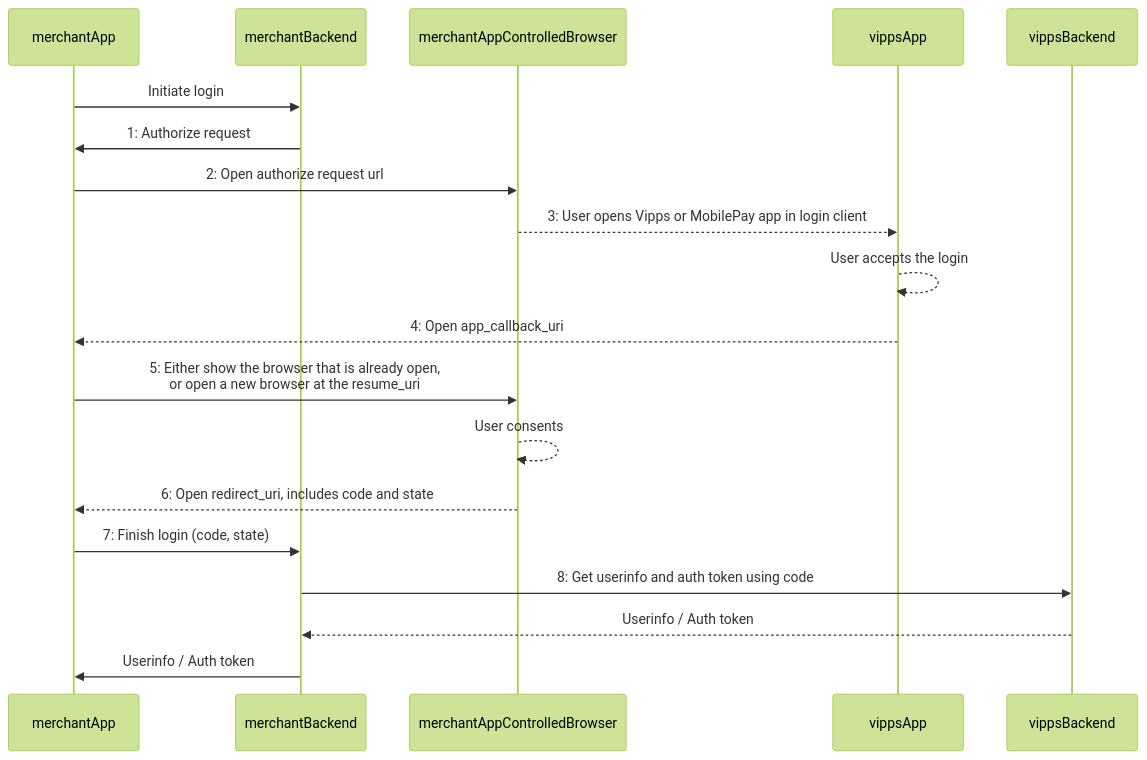
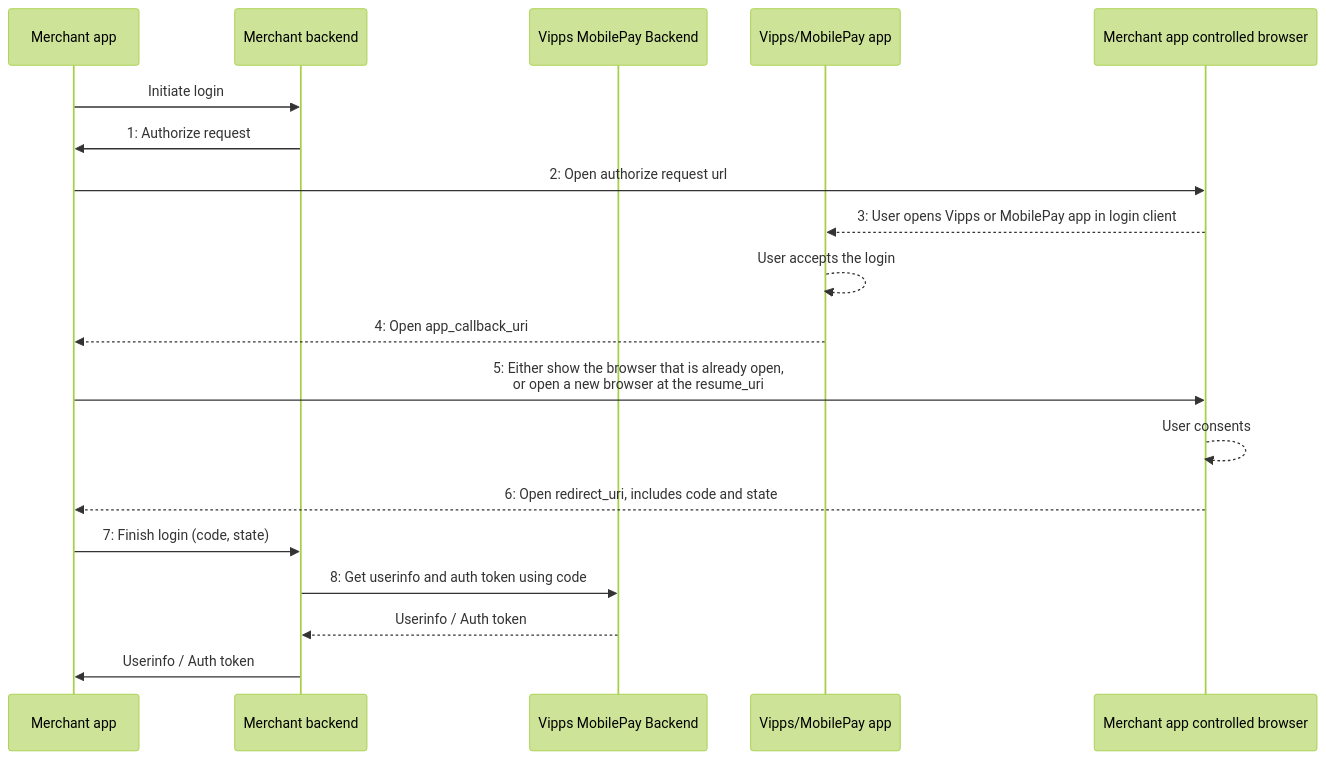
Before and after one commit to vippsas/vipps-login-api: the diagram in api-guide/app-integration.md, drawn with Mermaid (forest theme). The commit also changed 3 other files, not shown here.

````diff
--- a/api-guide/app-integration.md
+++ b/api-guide/app-integration.md
@@ -78,16 +78,22 @@
 ```mermaid
 sequenceDiagram
+    participant merchantApp as Merchant app
+    participant merchantBackend as Merchant backend
+    participant vmBackend as Vipps MobilePay Backend
+    participant vmApp as Vipps/MobilePay app
+    participant merchantAppControlledBrowser as Merchant app controlled browser
+
     merchantApp ->> merchantBackend : Initiate login
     merchantBackend ->> merchantApp: 1: Authorize request
     merchantApp ->> merchantAppControlledBrowser : 2: Open authorize request url
-    merchantAppControlledBrowser -->> vippsApp : 3: User opens Vipps or MobilePay app in login client
-    vippsApp -->> vippsApp: User accepts the login
-    vippsApp -->> merchantApp : 4: Open app_callback_uri
+    merchantAppControlledBrowser -->> vmApp : 3: User opens Vipps or MobilePay app in login client
+    vmApp -->> vmApp: User accepts the login
+    vmApp -->> merchantApp : 4: Open app_callback_uri
     merchantApp ->> merchantAppControlledBrowser : 5: Either show the browser that is already open, <br/> or open a new browser at the resume_uri
     merchantAppControlledBrowser -->> merchantAppControlledBrowser: User consents
     merchantAppControlledBrowser -->> merchantApp : 6: Open redirect_uri, includes code and state
     merchantApp ->>merchantBackend : 7: Finish login (code, state)
-    merchantBackend ->> vippsBackend : 8: Get userinfo and auth token using code
-    vippsBackend -->> merchantBackend : Userinfo / Auth token
+    merchantBackend ->> vmBackend : 8: Get userinfo and auth token using code
+    vmBackend -->> merchantBackend : Userinfo / Auth token
     merchantBackend ->> merchantApp : Userinfo / Auth token
 ```
````
